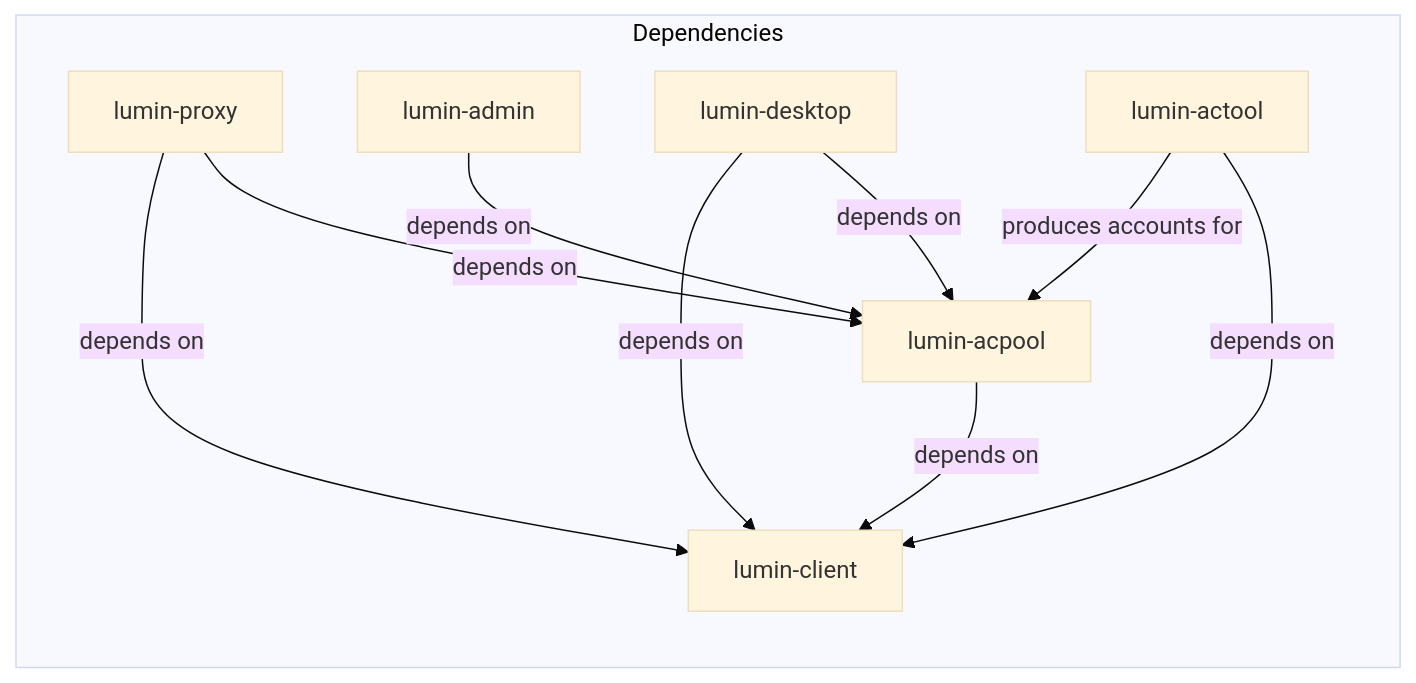
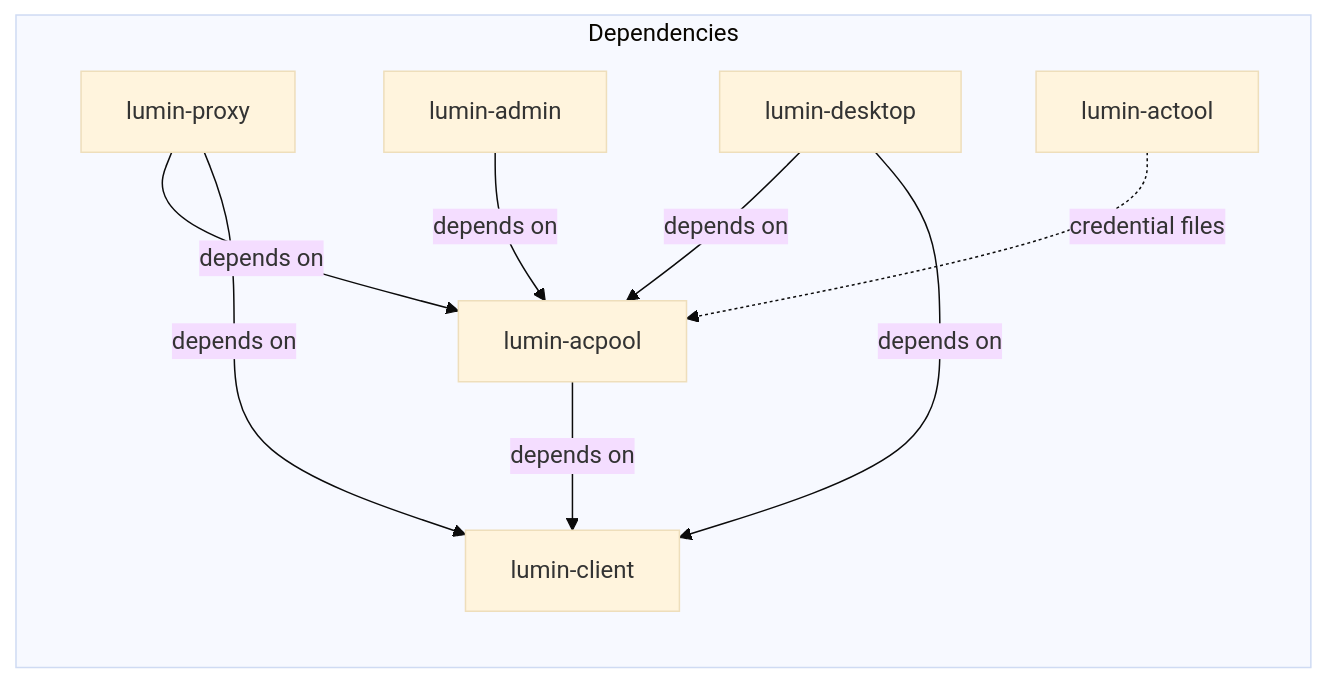
The second of 3 diagrams in README.md (nomand-zc/lumin-acpool), drawn with Mermaid (base theme) before and after one commit. The commit also changed other lines of this file and 1 other file, not shown here.

````diff
--- a/README.md
+++ b/README.md
@@ -80,20 +82,19 @@
 ```mermaid
 graph LR
     subgraph "Dependencies"
         CLIENT[lumin-client]
         ACPOOL[lumin-acpool]
         PROXY[lumin-proxy]
         ADMIN[lumin-admin]
         DESKTOP[lumin-desktop]
         ACTOOL[lumin-actool]
     end
 
     ACPOOL -->|depends on| CLIENT
     PROXY -->|depends on| ACPOOL
     PROXY -->|depends on| CLIENT
     ADMIN -->|depends on| ACPOOL
     DESKTOP -->|depends on| ACPOOL
     DESKTOP -->|depends on| CLIENT
-    ACTOOL -->|depends on| CLIENT
-    ACTOOL -->|produces accounts for| ACPOOL
+    ACTOOL -.->|credential files| ACPOOL
 ```
````
